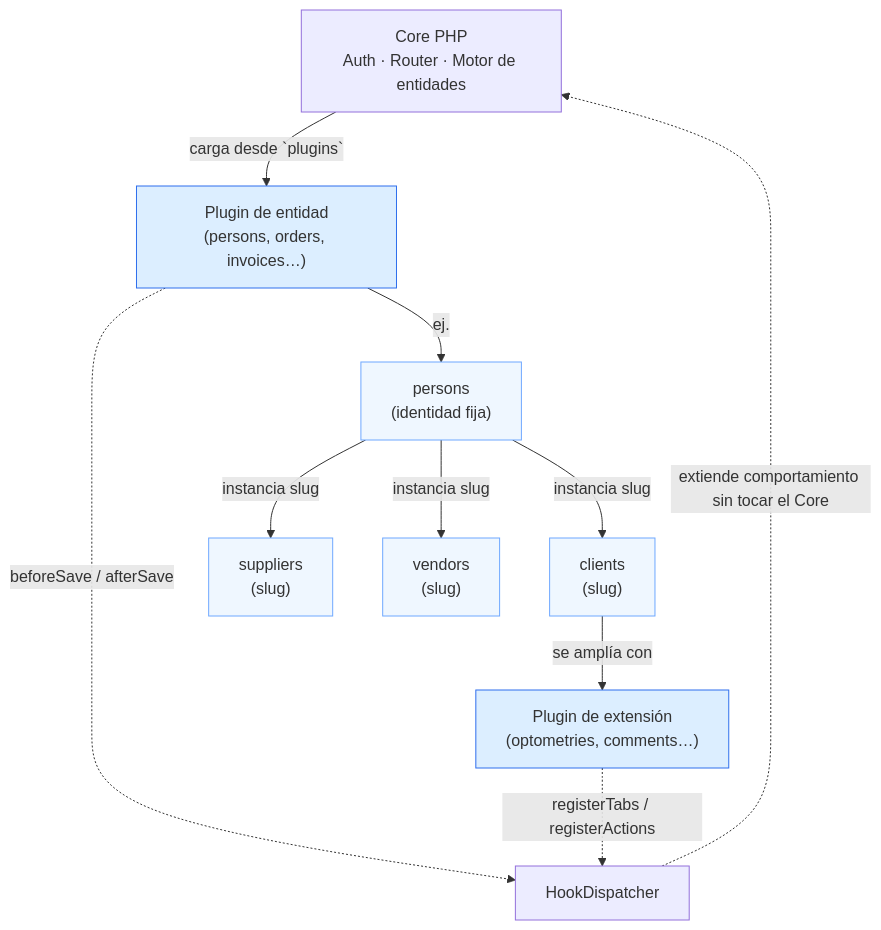
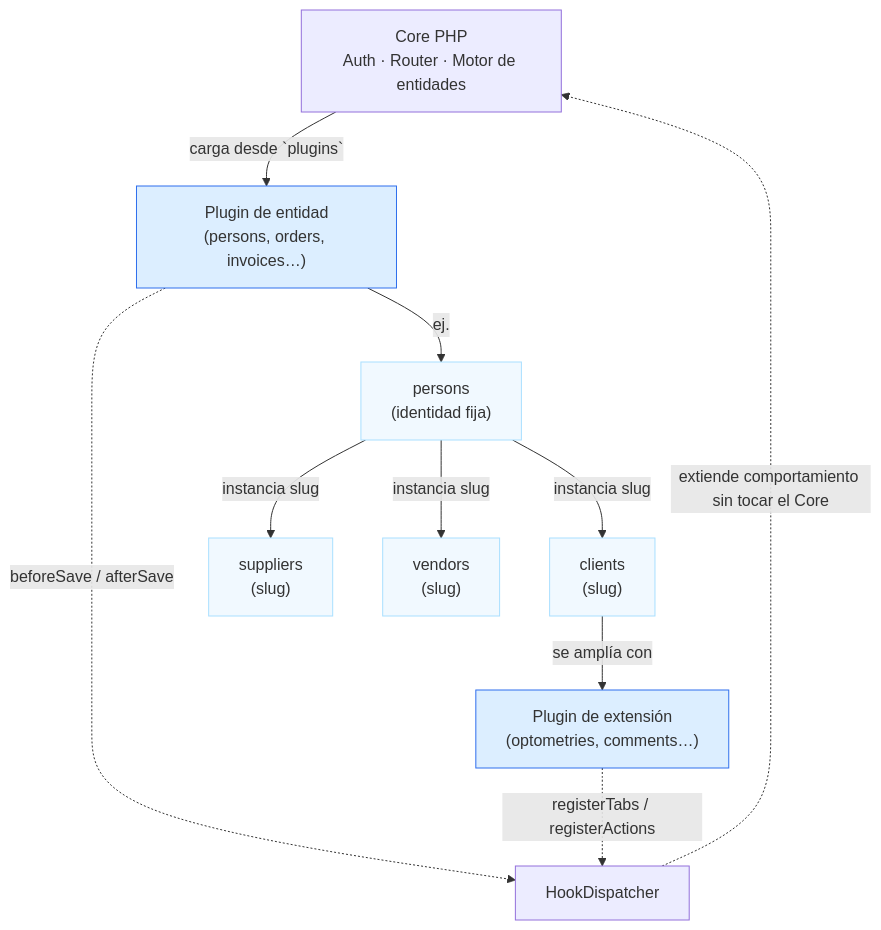
One commit to brass4study/xestify changed the diagram in README.md. Above: the diagram before and after it, drawn with Mermaid.

Commit message:
docs: aclarar aun mas el azul de las instancias en el diagrama del README
- README.md: classDef instanceNode pasa de fill #EFF7FF/stroke #6FA8FF a
  fill #F1F9FF/stroke #A9DFFF, un tono todavia mas claro para las
  instancias Persons/Clients/Suppliers/Vendors.

````diff
--- a/README.md
+++ b/README.md
@@ -70,26 +70,26 @@
 ```mermaid
 flowchart TD
     Core["Core PHP<br/>Auth · Router · Motor de entidades"]
     EntityPlugin["Plugin de entidad<br/>(persons, orders, invoices…)"]
     Persons["persons<br/>(identidad fija)"]
     Clients["clients<br/>(slug)"]
     Suppliers["suppliers<br/>(slug)"]
     Vendors["vendors<br/>(slug)"]
     ExtPlugin["Plugin de extensión<br/>(optometries, comments…)"]
     Hooks["HookDispatcher"]
 
     Core -->|carga desde `plugins`| EntityPlugin
     EntityPlugin -->|ej.| Persons
     Persons -->|instancia slug| Clients
     Persons -->|instancia slug| Suppliers
     Persons -->|instancia slug| Vendors
     Clients -->|se amplía con| ExtPlugin
     EntityPlugin -.->|beforeSave / afterSave| Hooks
     ExtPlugin -.->|registerTabs / registerActions| Hooks
     Hooks -.->|extiende comportamiento sin tocar el Core| Core
 
     classDef pluginNode fill:#DCEEFF,stroke:#2F6FED
-    classDef instanceNode fill:#EFF7FF,stroke:#6FA8FF
+    classDef instanceNode fill:#F1F9FF,stroke:#A9DFFF
     class EntityPlugin,ExtPlugin pluginNode
     class Persons,Clients,Suppliers,Vendors instanceNode
 ```
````
